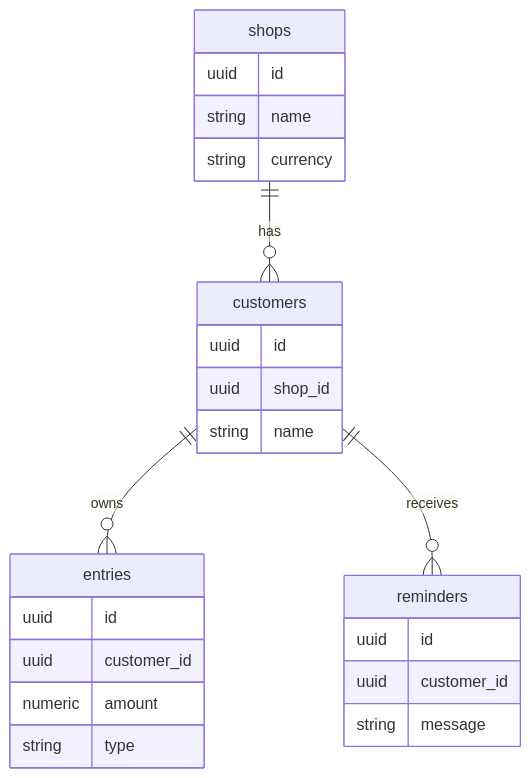
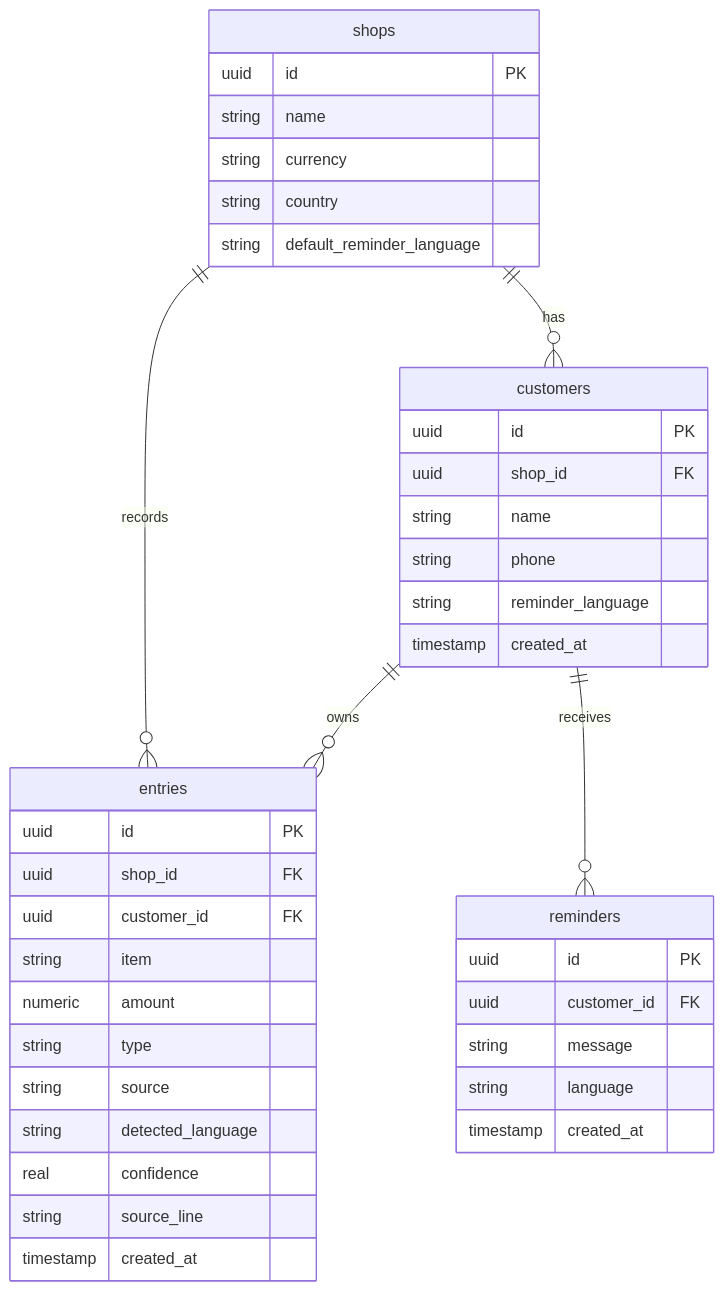
Before and after one commit to VISHALIN-rgm/TabTalk: the fourth of 7 diagrams in README.md, drawn with Mermaid. The commit also changed other lines of this file, not shown here.

````diff
--- a/README.md
+++ b/README.md
@@ -67,10 +205,43 @@
 ```mermaid
 erDiagram
- shops ||--o{ customers : has
- customers ||--o{ entries : owns
- customers ||--o{ reminders : receives
- shops { uuid id string name string currency }
- customers { uuid id uuid shop_id string name }
- entries { uuid id uuid customer_id numeric amount string type }
- reminders { uuid id uuid customer_id string message }
+    shops ||--o{ customers : has
+    shops ||--o{ entries : records
+    customers ||--o{ entries : owns
+    customers ||--o{ reminders : receives
+
+    shops {
+        uuid id PK
+        string name
+        string currency
+        string country
+        string default_reminder_language
+    }
+    customers {
+        uuid id PK
+        uuid shop_id FK
+        string name
+        string phone
+        string reminder_language
+        timestamp created_at
+    }
+    entries {
+        uuid id PK
+        uuid shop_id FK
+        uuid customer_id FK
+        string item
+        numeric amount
+        string type
+        string source
+        string detected_language
+        real confidence
+        string source_line
+        timestamp created_at
+    }
+    reminders {
+        uuid id PK
+        uuid customer_id FK
+        string message
+        string language
+        timestamp created_at
+    }
 ```
````
